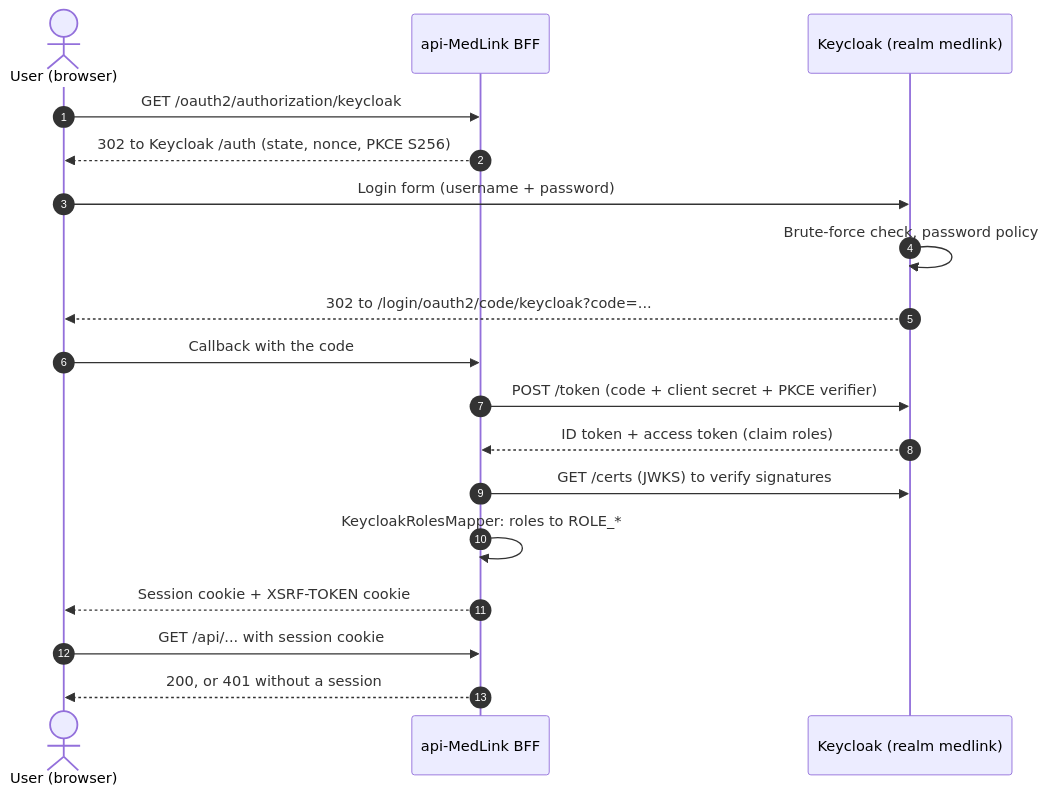
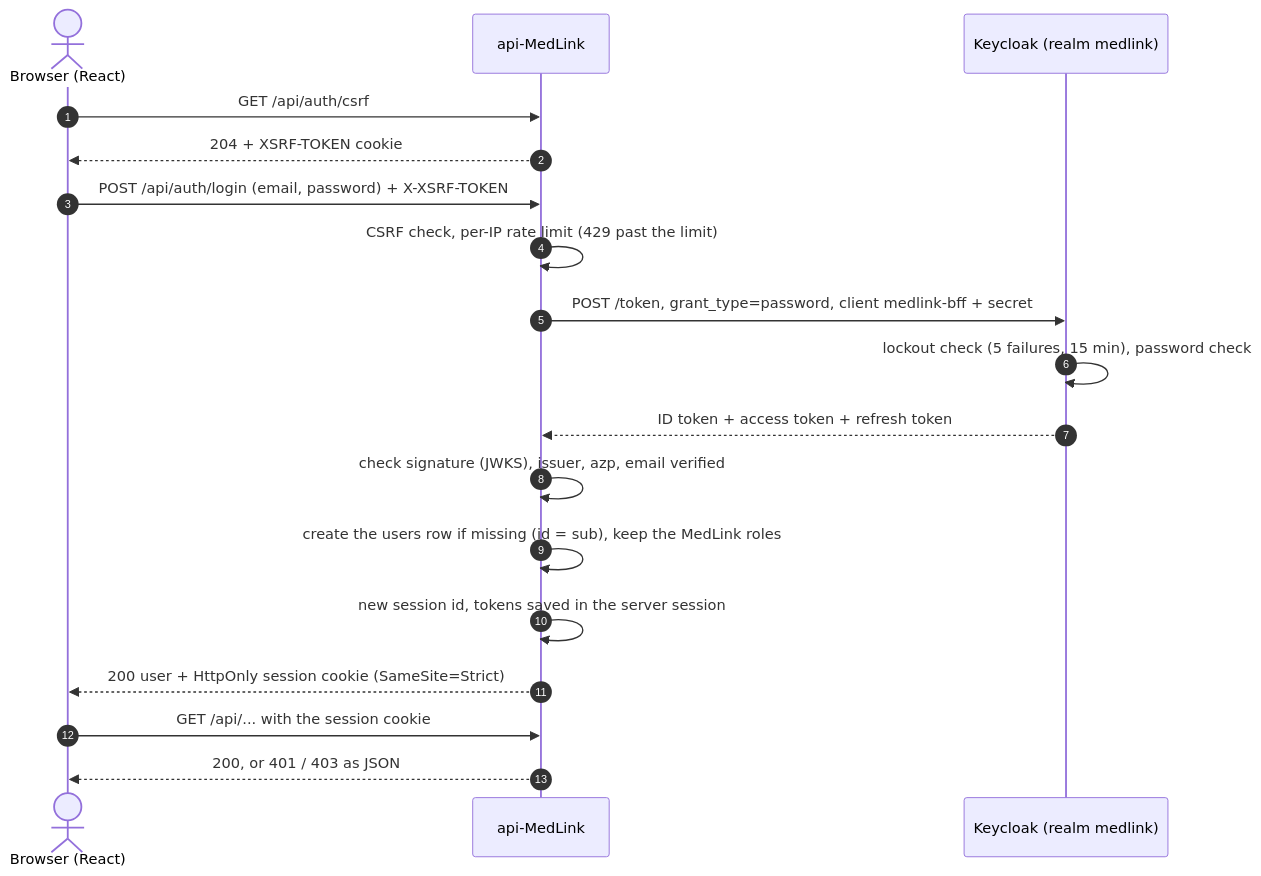
The second of 5 diagrams in docs/ARCHITECTURE.md (assali-mohamed-ali/api-MedLink), drawn with Mermaid before and after one commit. The commit also changed other lines of this file and 2 other files, not shown here.

First line of the commit message:
docs: architecture and threat model match the password-grant BFF

````diff
--- a/docs/ARCHITECTURE.md
+++ b/docs/ARCHITECTURE.md
@@ -88,20 +71,20 @@
 ```mermaid
 sequenceDiagram
   autonumber
-  actor U as User (browser)
-  participant B as api-MedLink BFF
+  actor U as Browser (React)
+  participant A as api-MedLink
   participant K as Keycloak (realm medlink)
-  U->>B: GET /oauth2/authorization/keycloak
-  B-->>U: 302 to Keycloak /auth (state, nonce, PKCE S256)
-  U->>K: Login form (username + password)
-  K->>K: Brute-force check, password policy
-  K-->>U: 302 to /login/oauth2/code/keycloak?code=...
-  U->>B: Callback with the code
-  B->>K: POST /token (code + client secret + PKCE verifier)
-  K-->>B: ID token + access token (claim roles)
-  B->>K: GET /certs (JWKS) to verify signatures
-  B->>B: KeycloakRolesMapper: roles to ROLE_*
-  B-->>U: Session cookie + XSRF-TOKEN cookie
-  U->>B: GET /api/... with session cookie
-  B-->>U: 200, or 401 without a session
+  U->>A: GET /api/auth/csrf
+  A-->>U: 204 + XSRF-TOKEN cookie
+  U->>A: POST /api/auth/login (email, password) + X-XSRF-TOKEN
+  A->>A: CSRF check, per-IP rate limit (429 past the limit)
+  A->>K: POST /token, grant_type=password, client medlink-bff + secret
+  K->>K: lockout check (5 failures, 15 min), password check
+  K-->>A: ID token + access token + refresh token
+  A->>A: check signature (JWKS), issuer, azp, email verified
+  A->>A: create the users row if missing (id = sub), keep the MedLink roles
+  A->>A: new session id, tokens saved in the server session
+  A-->>U: 200 user + HttpOnly session cookie (SameSite=Strict)
+  U->>A: GET /api/... with the session cookie
+  A-->>U: 200, or 401 / 403 as JSON
 ```
````
